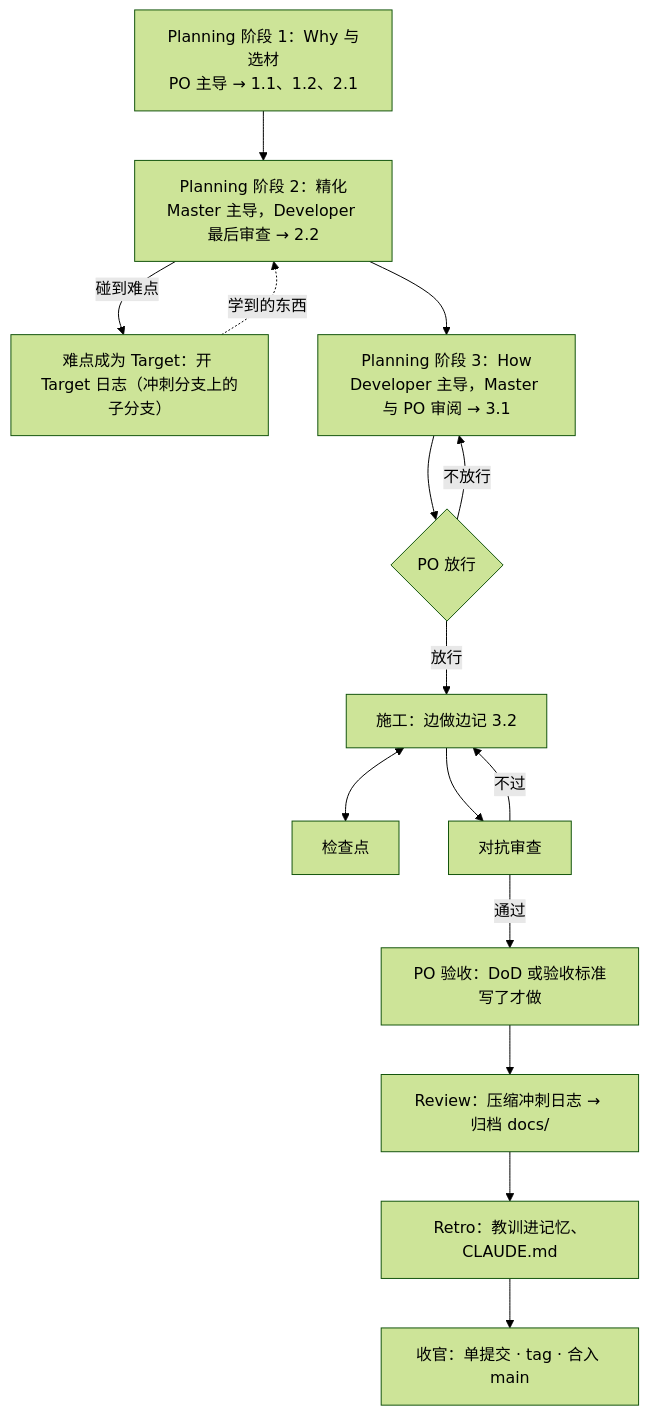
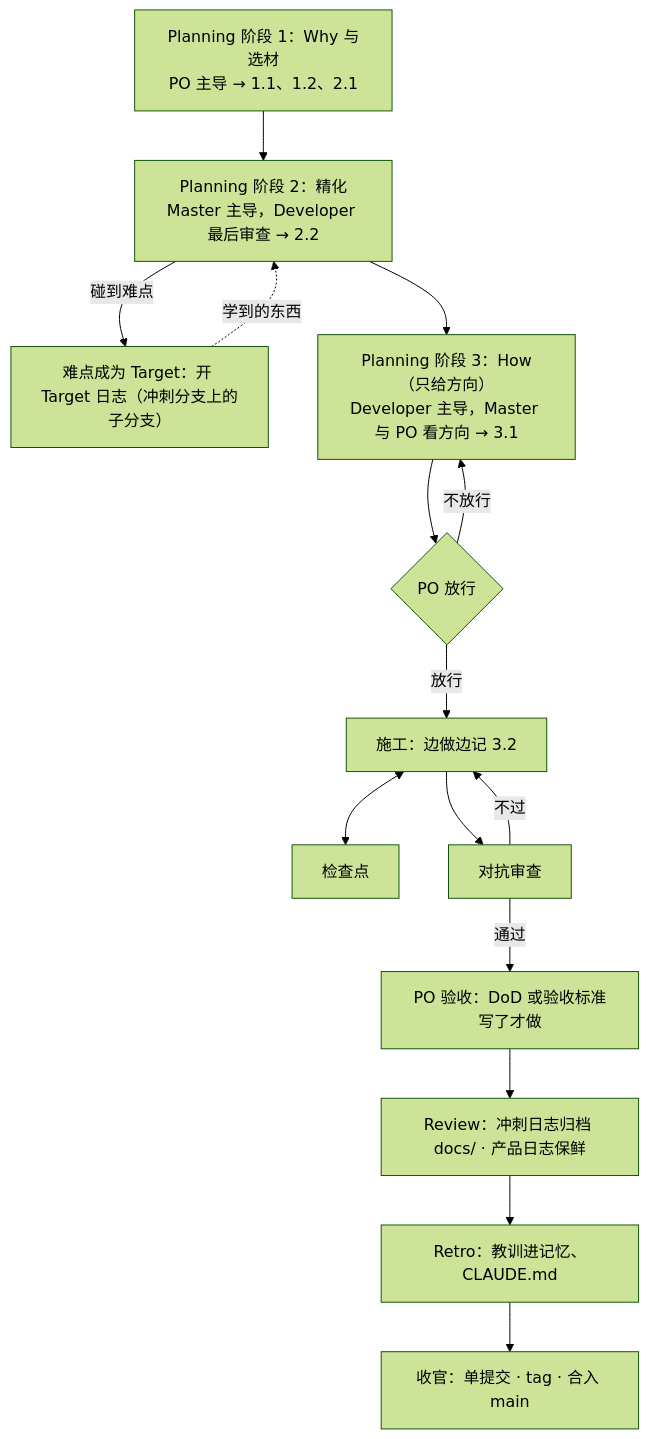
The second of 2 diagrams in scrum/ProductBacklog.md (seapawn1/IDEO-Scrum), drawn with Mermaid (forest theme) before and after one commit. The commit also changed other lines of this file and 2 other files, not shown here.

````diff
--- a/scrum/ProductBacklog.md
+++ b/scrum/ProductBacklog.md
@@ -102,17 +108,17 @@
 ```mermaid
 flowchart TD
     S1["Planning 阶段 1：Why 与选材<br/>PO 主导 → 1.1、1.2、2.1"] --> S2["Planning 阶段 2：精化<br/>Master 主导，Developer 最后审查 → 2.2"]
     S2 -- "碰到难点" --> T["难点成为 Target：开 Target 日志（冲刺分支上的子分支）"]
     T -. "学到的东西" .-> S2
-    S2 --> S3["Planning 阶段 3：How<br/>Developer 主导，Master 与 PO 审阅 → 3.1"]
+    S2 --> S3["Planning 阶段 3：How（只给方向）<br/>Developer 主导，Master 与 PO 看方向 → 3.1"]
     S3 --> G{"PO 放行"}
     G -- "不放行" --> S3
     G -- "放行" --> C["施工：边做边记 3.2"]
     C <--> K["检查点"]
     C --> A["对抗审查"]
     A -- "不过" --> C
     A -- "通过" --> V["PO 验收：DoD 或验收标准写了才做"]
-    V --> RV["Review：压缩冲刺日志 → 归档 docs/"]
+    V --> RV["Review：冲刺日志归档 docs/ · 产品日志保鲜"]
     RV --> RT["Retro：教训进记忆、CLAUDE.md"]
     RT --> CL["收官：单提交 · tag · 合入 main"]
 ```
````
